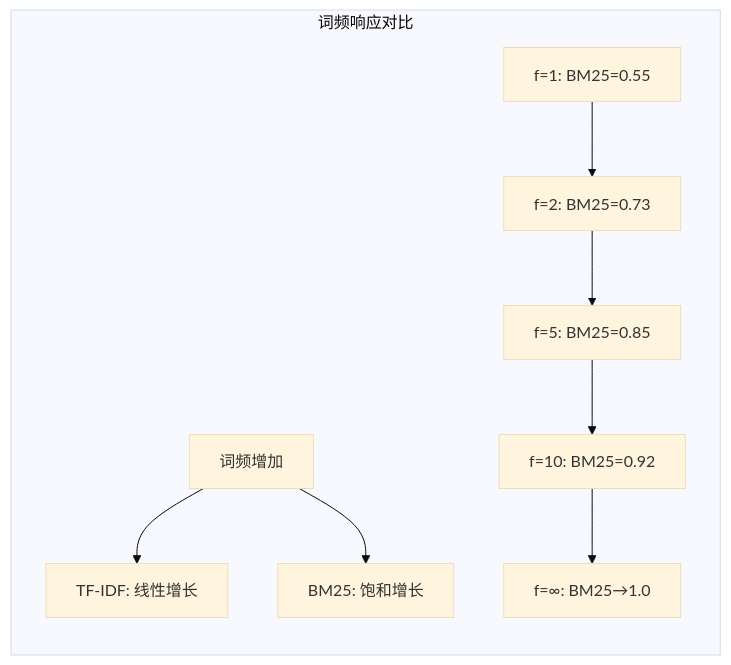
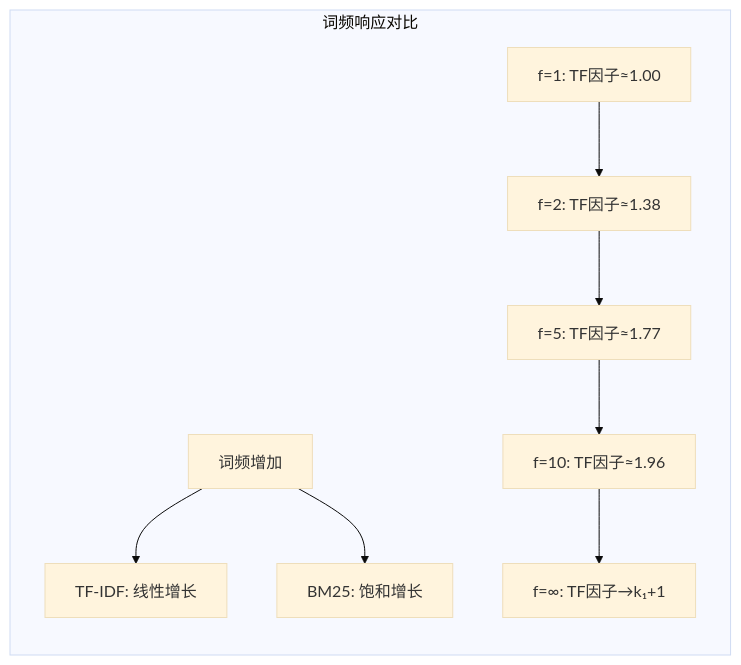
The second of 2 diagrams in docs/zh/2.第二章：搜索算法--信息海洋的智能导航员/1.经典召回模型/3.bm25.md (1985312383/search-rec-ads-cosmos-explorer), drawn with Mermaid (base theme) before and after one commit. The commit also changed other lines of this file and 9 other files, not shown here.

````diff
--- a/docs/zh/2.第二章：搜索算法--信息海洋的智能导航员/1.经典召回模型/3.bm25.md
+++ b/docs/zh/2.第二章：搜索算法--信息海洋的智能导航员/1.经典召回模型/3.bm25.md
@@ -168,12 +169,12 @@
 ```mermaid
 graph LR
     subgraph "词频响应对比"
         A[词频增加] --> B[TF-IDF: 线性增长]
         A --> C[BM25: 饱和增长]
 
-        D["f=1: BM25=0.55"] --> E["f=2: BM25=0.73"]
-        E --> F["f=5: BM25=0.85"]
-        F --> G["f=10: BM25=0.92"]
-        G --> H["f=∞: BM25→1.0"]
+        D["f=1: TF因子≈1.00"] --> E["f=2: TF因子≈1.38"]
+        E --> F["f=5: TF因子≈1.77"]
+        F --> G["f=10: TF因子≈1.96"]
+        G --> H["f=∞: TF因子→k₁+1"]
     end
 ```
````
